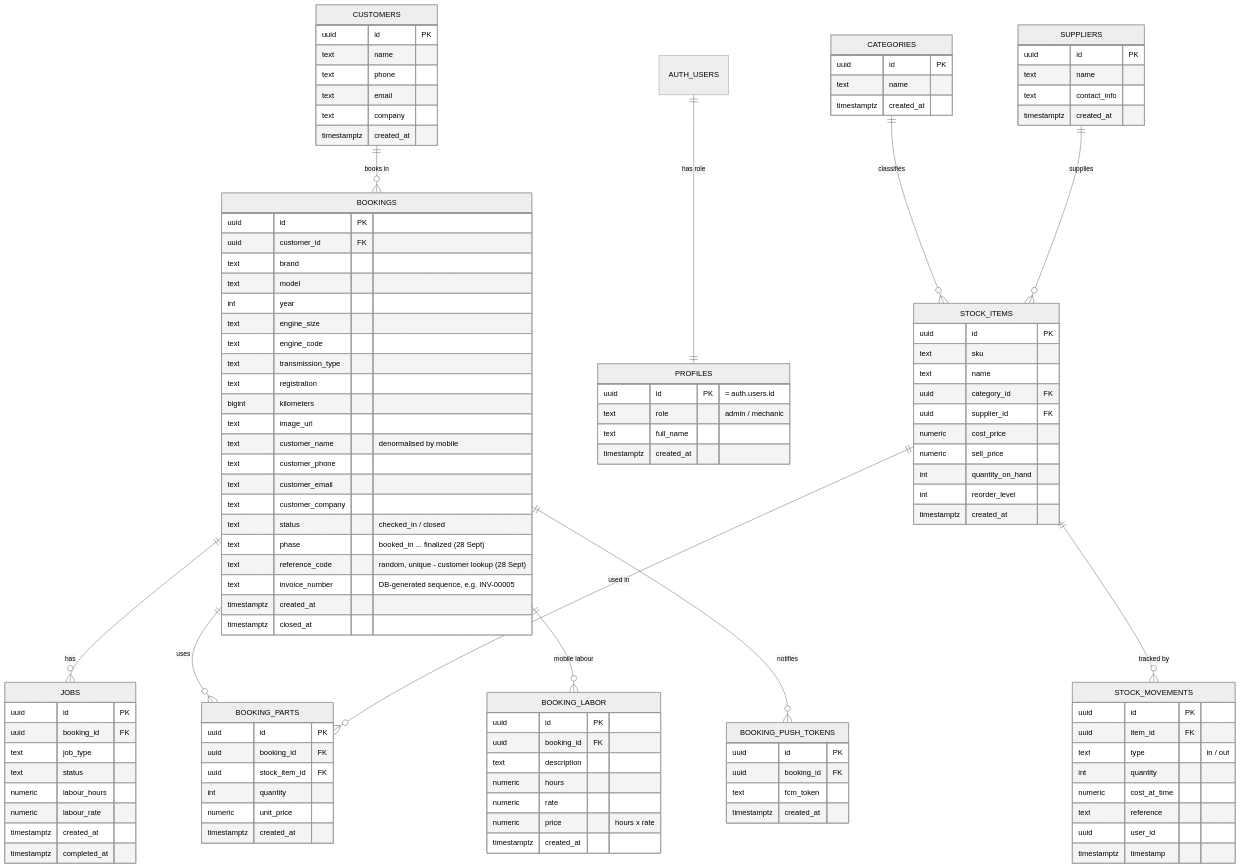
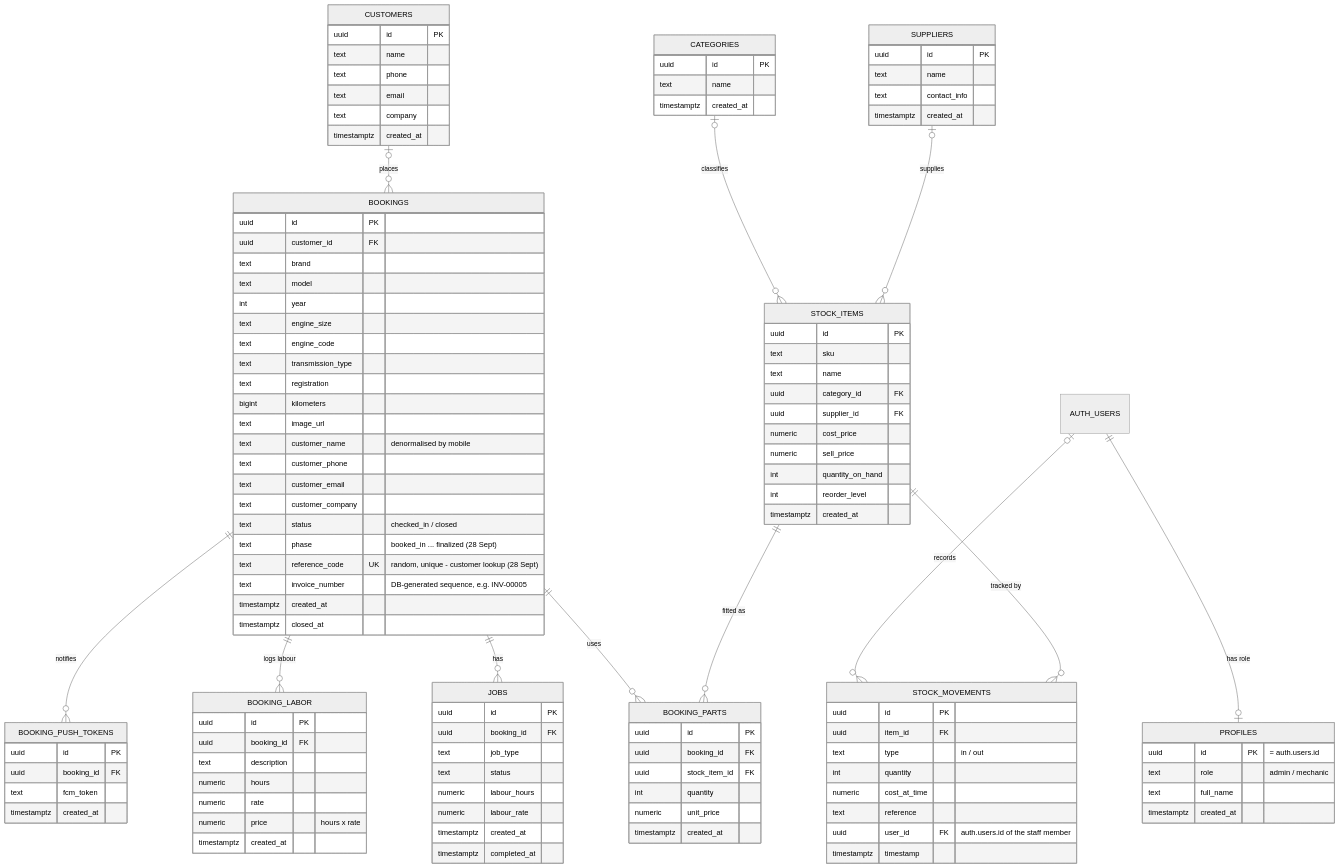
Before and after one commit to BlackZ3ro/Spanner-Riese-Auto-Clinic: the fifth of 5 diagrams in project-docs/phase-2/uml-and-erd.md, drawn with Mermaid (neutral theme). The commit also changed other lines of this file and 3 other files, not shown here.

First line of the commit message:
Redraw the ERD with crow's-foot signs and key-to-key lines

````diff
--- a/project-docs/phase-2/uml-and-erd.md
+++ b/project-docs/phase-2/uml-and-erd.md
@@ -268,15 +268,16 @@
 ```mermaid
 erDiagram
-    CUSTOMERS ||--o{ BOOKINGS : "books in"
+    CUSTOMERS |o--o{ BOOKINGS : "places"
     BOOKINGS ||--o{ JOBS : "has"
     BOOKINGS ||--o{ BOOKING_PARTS : "uses"
-    BOOKINGS ||--o{ BOOKING_LABOR : "mobile labour"
+    BOOKINGS ||--o{ BOOKING_LABOR : "logs labour"
     BOOKINGS ||--o{ BOOKING_PUSH_TOKENS : "notifies"
-    AUTH_USERS ||--|| PROFILES : "has role"
-    STOCK_ITEMS ||--o{ BOOKING_PARTS : "used in"
+    AUTH_USERS ||--o| PROFILES : "has role"
+    AUTH_USERS |o--o{ STOCK_MOVEMENTS : "records"
+    STOCK_ITEMS ||--o{ BOOKING_PARTS : "fitted as"
     STOCK_ITEMS ||--o{ STOCK_MOVEMENTS : "tracked by"
-    CATEGORIES ||--o{ STOCK_ITEMS : "classifies"
-    SUPPLIERS ||--o{ STOCK_ITEMS : "supplies"
+    CATEGORIES |o--o{ STOCK_ITEMS : "classifies"
+    SUPPLIERS |o--o{ STOCK_ITEMS : "supplies"
 
     CUSTOMERS {
         uuid id PK
@@ -304,7 +305,7 @@
         text customer_company
         text status "checked_in / closed"
         text phase "booked_in ... finalized (28 Sept)"
-        text reference_code "random, unique - customer lookup (28 Sept)"
+        text reference_code UK "random, unique - customer lookup (28 Sept)"
         text invoice_number "DB-generated sequence, e.g. INV-00005"
         timestamptz created_at
         timestamptz closed_at
@@ -346,7 +347,7 @@
         int quantity
         numeric cost_at_time
         text reference
-        uuid user_id
+        uuid user_id FK "auth.users.id of the staff member"
         timestamptz timestamp
     }
     CATEGORIES {
````
